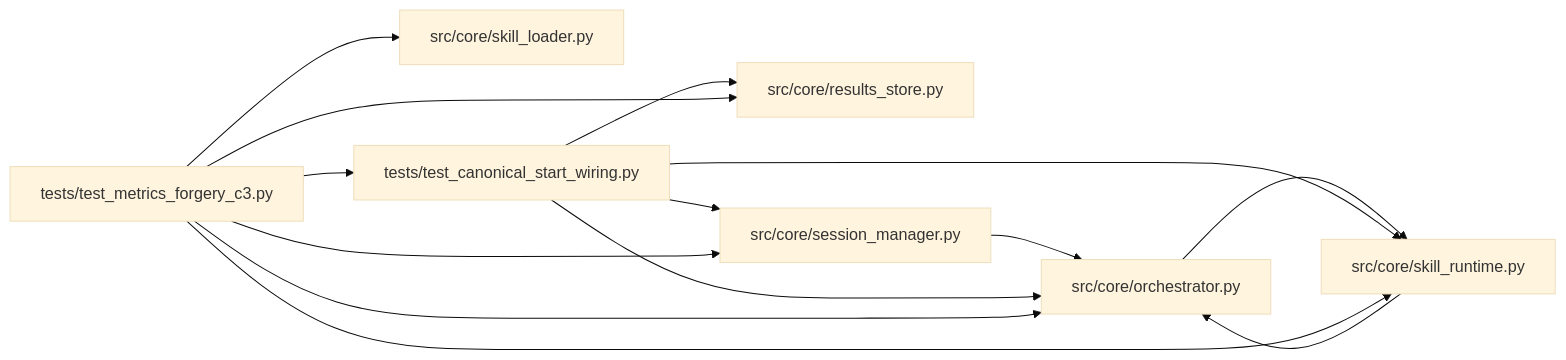
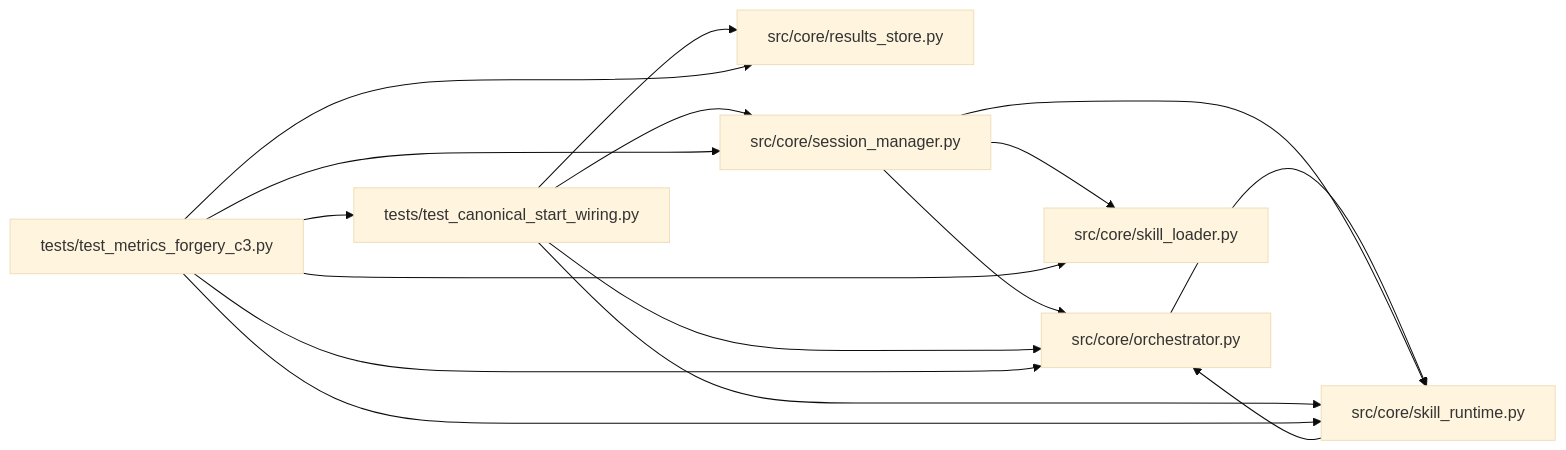
The diagram in docs/llm_wiki/modules/test_metrics_forgery_c3.md (Denissvgn/autoresearch-agent), drawn with Mermaid (base theme) before and after one commit. The commit also changed other lines of this file and 1033 other files, not shown here.

````diff
--- a/docs/llm_wiki/modules/test_metrics_forgery_c3.md
+++ b/docs/llm_wiki/modules/test_metrics_forgery_c3.md
@@ -51,30 +51,32 @@
 ```mermaid
 flowchart LR
     n0["src/core/orchestrator.py"]
     n1["src/core/results_store.py"]
     n2["src/core/session_manager.py"]
     n3["src/core/skill_loader.py"]
     n4["src/core/skill_runtime.py"]
     n5["tests/test_canonical_start_wiring.py"]
     n6["tests/test_metrics_forgery_c3.py"]
     n0 --> n4
     n2 --> n0
+    n2 --> n3
+    n2 --> n4
     n4 --> n0
     n5 --> n0
     n5 --> n1
     n5 --> n2
     n5 --> n4
     n6 --> n0
     n6 --> n1
     n6 --> n2
     n6 --> n3
     n6 --> n4
     n6 --> n5
     click n0 "../modules/orchestrator.md"
     click n1 "../modules/results_store.md"
     click n2 "../modules/session_manager.md"
     click n3 "../modules/skill_loader.md"
     click n4 "../modules/skill_runtime.md"
     click n5 "../modules/test_canonical_start_wiring.md"
     click n6 "../modules/test_metrics_forgery_c3.md"
 ```
````
